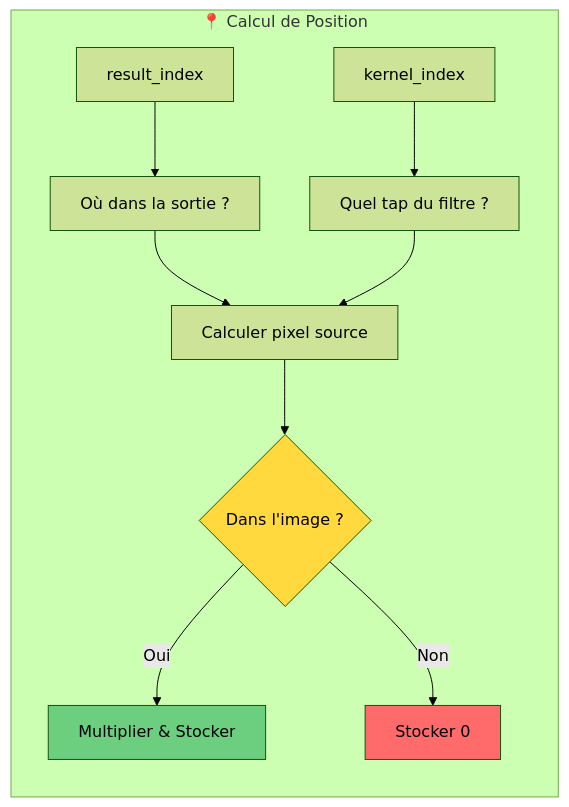
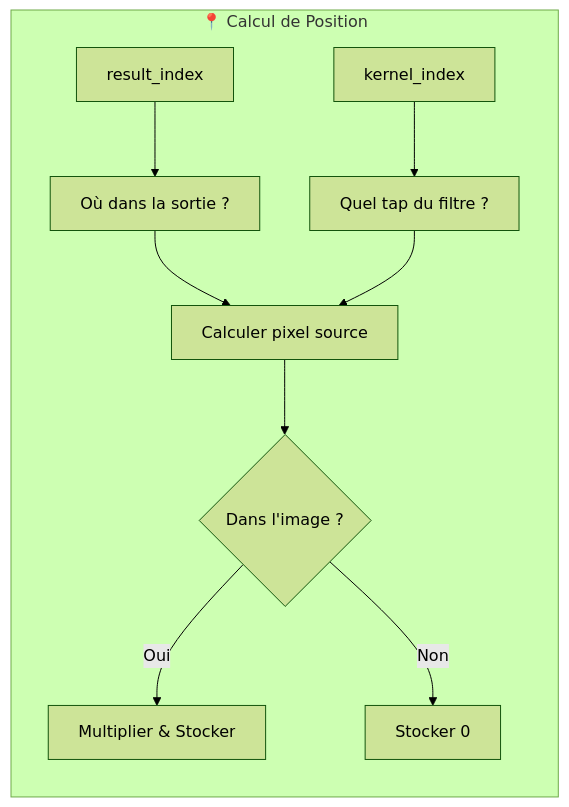
One commit to jalcim/logilib changed the third of 14 diagrams in src/tensor/README_FR.md. Above: the diagram before and after it, drawn with Mermaid (forest theme). The commit also changed other lines of this file and 1 other file, not shown here.

````diff
--- a/src/tensor/README_FR.md
+++ b/src/tensor/README_FR.md
@@ -53,16 +46,13 @@
 ```mermaid
 graph LR
     subgraph "📍 Calcul de Position"
         A[result_index] --> B[Où dans la sortie ?]
         C[kernel_index] --> D[Quel tap du filtre ?]
         B --> E[Calculer pixel source]
         D --> E
         E --> F{Dans l'image ?}
         F -->|Oui| G[Multiplier & Stocker]
         F -->|Non| H[Stocker 0]
     end
 
-    style F fill:#ffd93d
-    style G fill:#6bcf7f
-    style H fill:#ff6b6b
 ```
````
